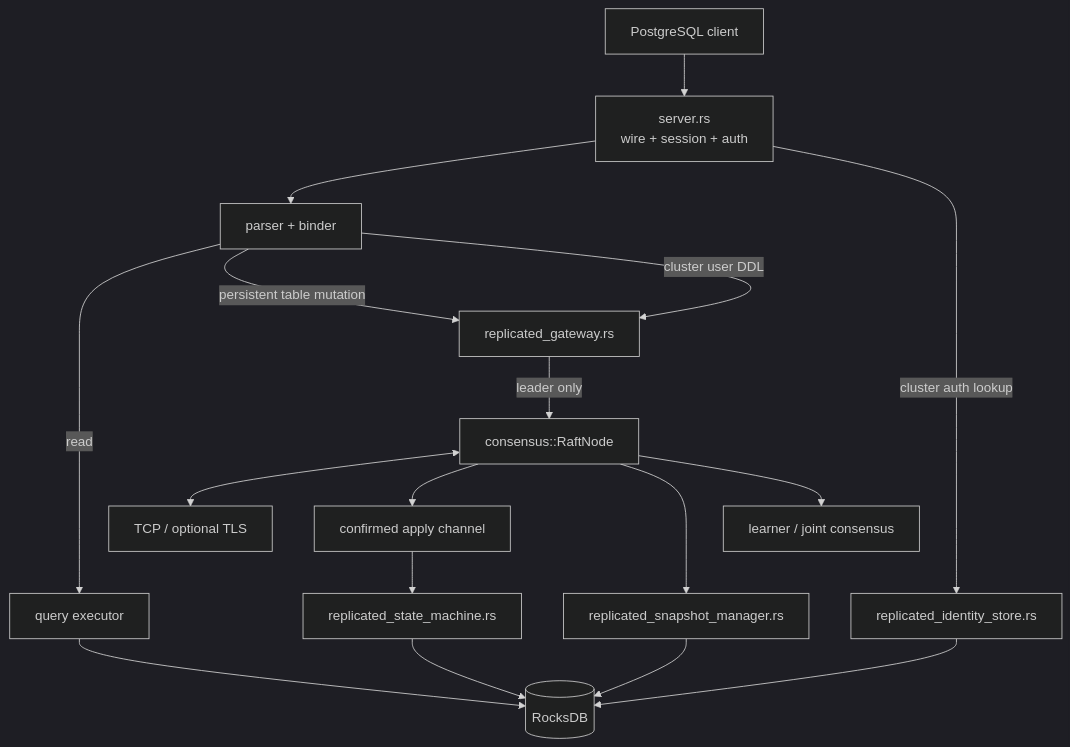
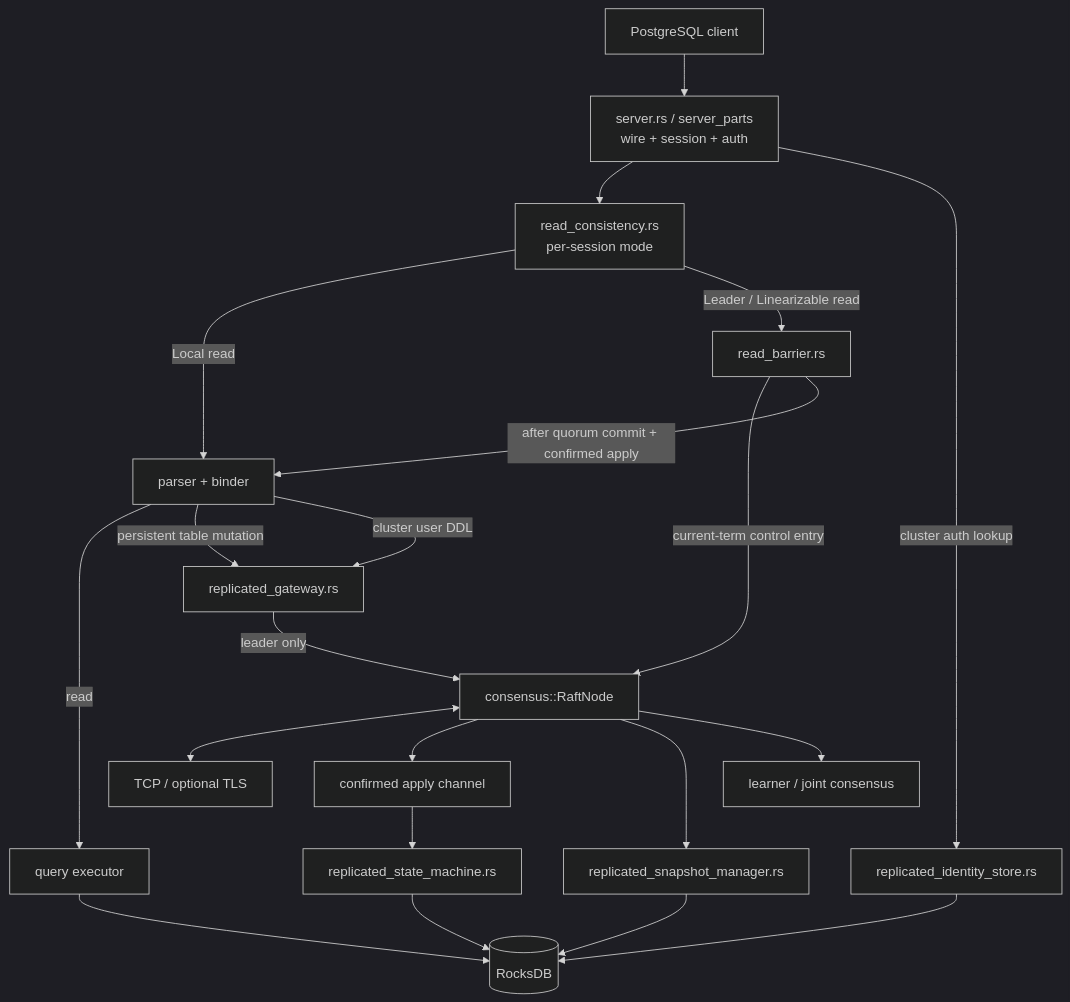
Before and after one commit to SaridakisStamatisChristos/Neuralbase: the diagram in docs/ARCHITECTURE.md, drawn with Mermaid (dark theme). The commit also changed other lines of this file and 13 other files, not shown here.

Commit message:
docs: synchronize Phase 6 read consistency evidence

````diff
--- a/docs/ARCHITECTURE.md
+++ b/docs/ARCHITECTURE.md
@@ -19,22 +19,26 @@
 ```mermaid
 flowchart TD
-    PSQL[PostgreSQL client] --> Server[server.rs\nwire + session + auth]
-    Server --> Binder[parser + binder]
+    PSQL[PostgreSQL client] --> Server[server.rs / server_parts\nwire + session + auth]
+    Server --> Mode[read_consistency.rs\nper-session mode]
+    Mode -->|Local read| Binder[parser + binder]
+    Mode -->|Leader / Linearizable read| Barrier[read_barrier.rs]
+    Barrier -->|current-term control entry| Raft[consensus::RaftNode]
+    Barrier -->|after quorum commit + confirmed apply| Binder
     Binder -->|read| Query[query executor]
     Query --> Rocks[(RocksDB)]
 
     Binder -->|persistent table mutation| Gateway[replicated_gateway.rs]
     Binder -->|cluster user DDL| Gateway
-    Gateway -->|leader only| Raft[consensus::RaftNode]
+    Gateway -->|leader only| Raft
     Raft <--> Transport[TCP / optional TLS]
     Raft --> Apply[confirmed apply channel]
     Apply --> SM[replicated_state_machine.rs]
     SM --> Rocks
 
     Server -->|cluster auth lookup| Identity[replicated_identity_store.rs]
     Identity --> Rocks
 
     Raft --> SnapshotMgr[replicated_snapshot_manager.rs]
     SnapshotMgr --> Rocks
     Raft --> Membership[learner / joint consensus]
 ```
````
